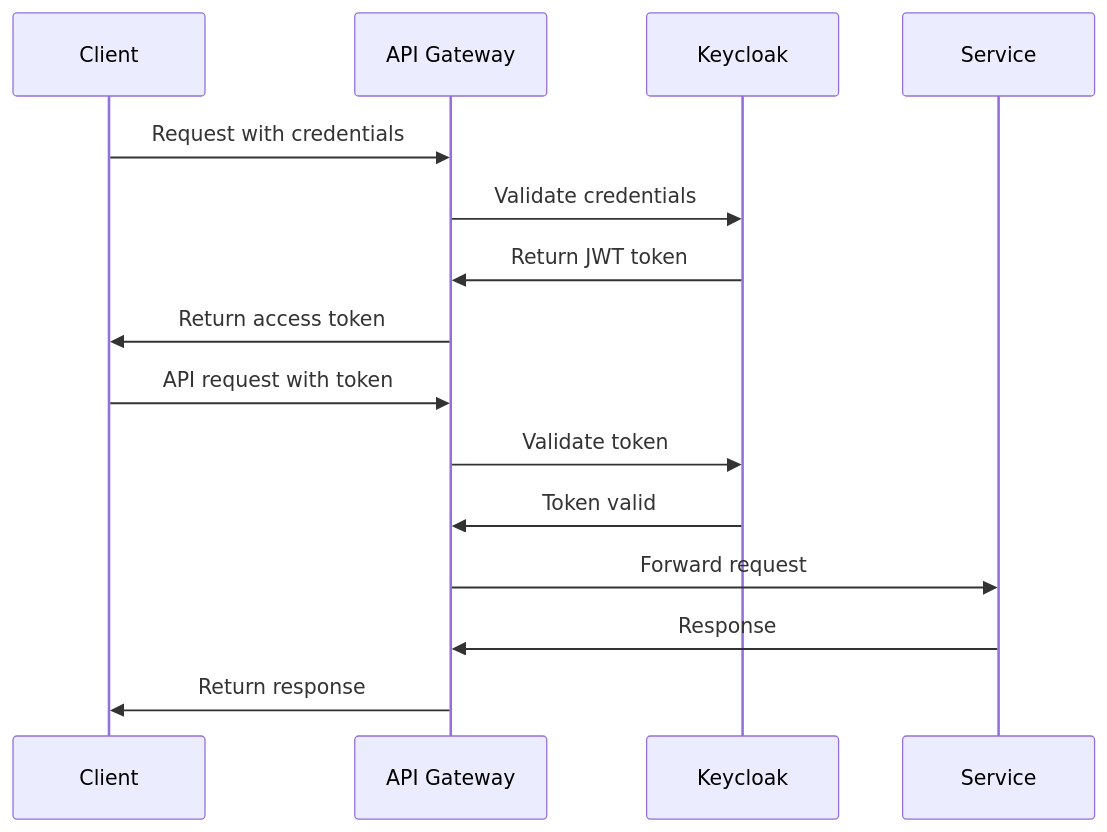
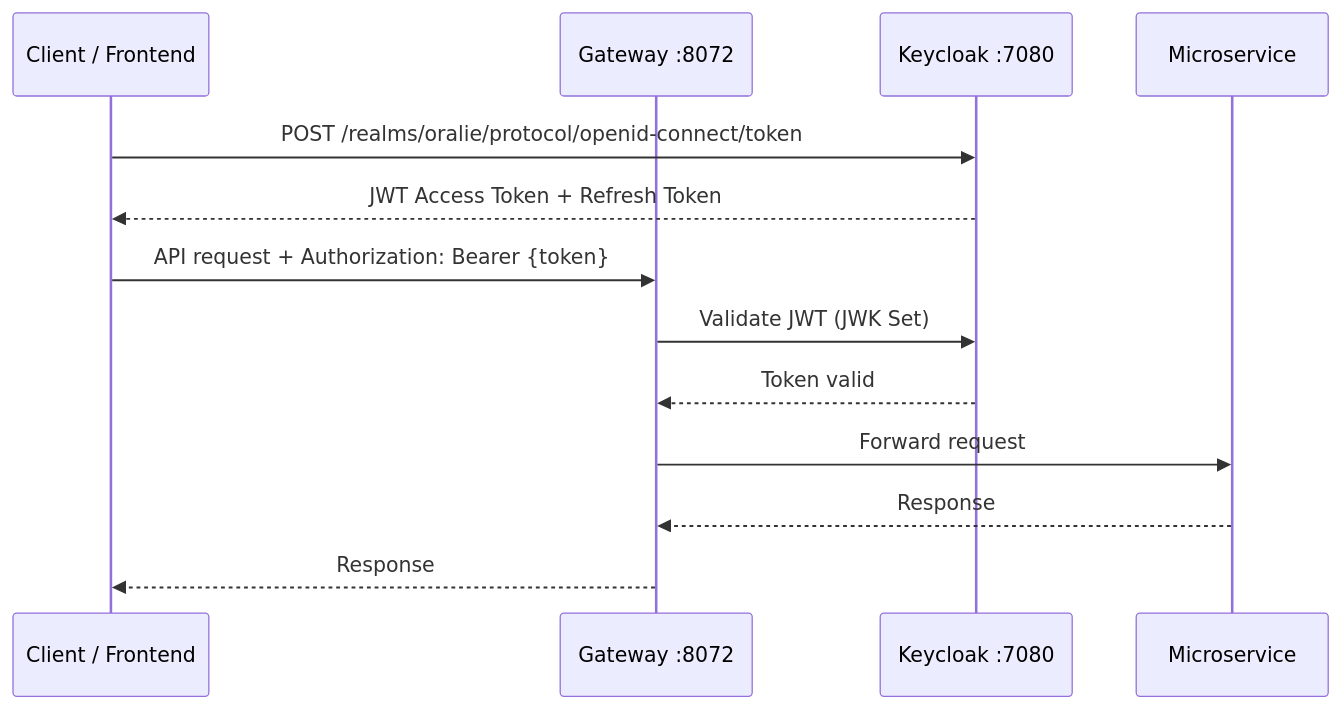
One commit to vietviet08/Oralie changed the second of 2 diagrams in README.md. Above: the diagram before and after it, drawn with Mermaid. The commit also changed other lines of this file, not shown here.

````diff
--- a/README.md
+++ b/README.md
@@ -610,19 +664,17 @@
 ```mermaid
 sequenceDiagram
-    participant C as Client
-    participant G as API Gateway
-    participant K as Keycloak
-    participant S as Service
+    participant C as Client / Frontend
+    participant GW as Gateway :8072
+    participant KC as Keycloak :7080
+    participant S as Microservice
 
-    C->>G: Request with credentials
-    G->>K: Validate credentials
-    K->>G: Return JWT token
-    G->>C: Return access token
-    
-    C->>G: API request with token
-    G->>K: Validate token
-    K->>G: Token valid
-    G->>S: Forward request
-    S->>G: Response
-    G->>C: Return response
+    C->>KC: POST /realms/oralie/protocol/openid-connect/token
+    KC-->>C: JWT Access Token + Refresh Token
+
+    C->>GW: API request + Authorization: Bearer {token}
+    GW->>KC: Validate JWT (JWK Set)
+    KC-->>GW: Token valid
+    GW->>S: Forward request
+    S-->>GW: Response
+    GW-->>C: Response
 ```
````
